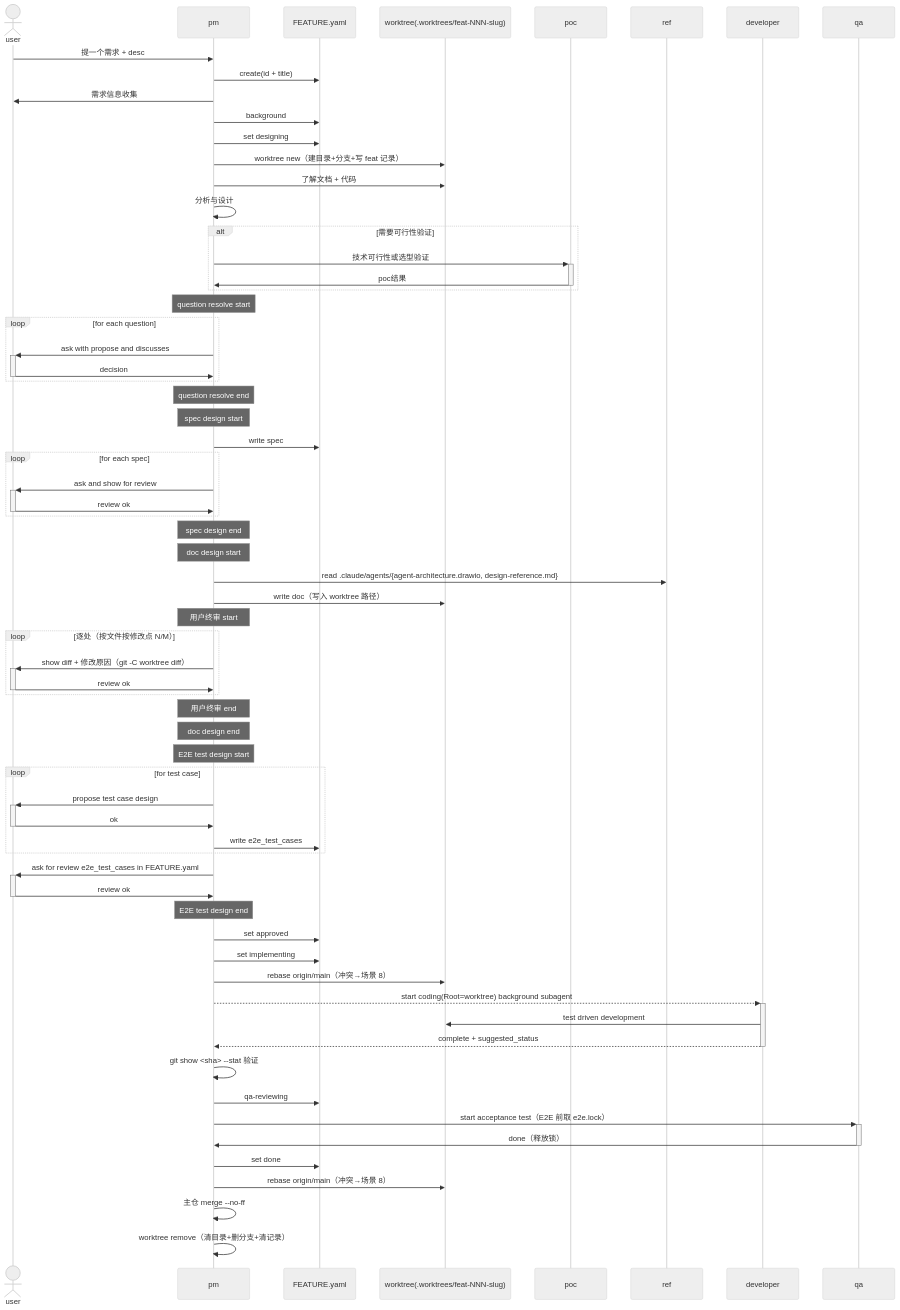
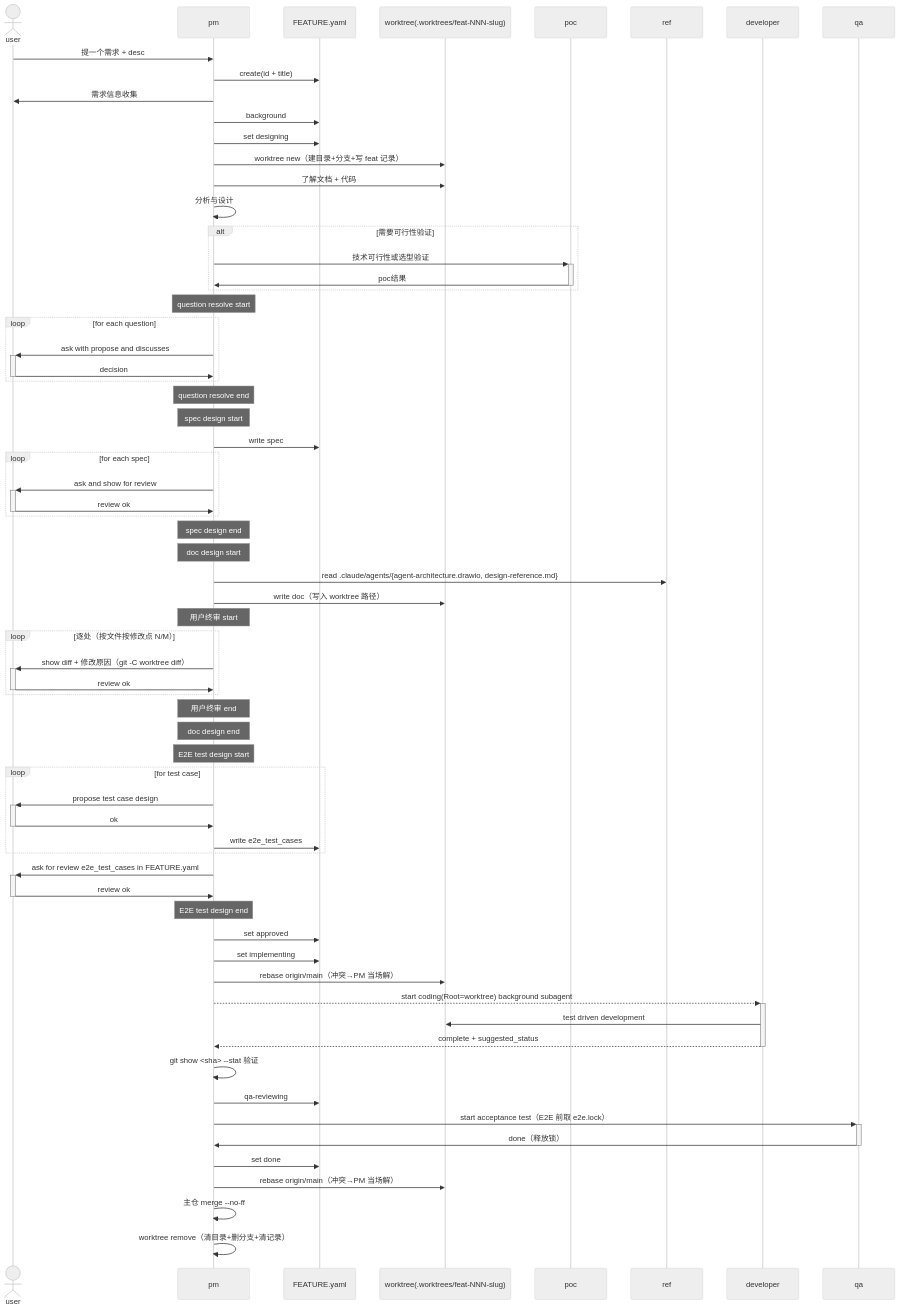
Before and after one commit to JoeyAssistant/skill-repo: the first of 3 diagrams in system-prompt/agent-factory/agent-pm.md, drawn with Mermaid (neutral theme). The commit also changed other lines of this file and 1 other file, not shown here.

First line of the commit message:
refactor(prompt): 删除 rebase developer 场景 + developer 结构清理

````diff
--- a/system-prompt/agent-factory/agent-pm.md
+++ b/system-prompt/agent-factory/agent-pm.md
@@ -102,75 +100,75 @@
 ```mermaid
 sequenceDiagram
     actor user
     user->>pm: 提一个需求 + desc
     participant feat as FEATURE.yaml
     participant wt as worktree(.worktrees/feat-NNN-slug)
 
     pm->>feat: create(id + title)
     pm->>user: 需求信息收集
     pm->>feat: background
 
     pm->>feat: set designing
     pm->>wt: worktree new（建目录+分支+写 feat 记录）
     pm->>wt: 了解文档 + 代码
     pm->>pm: 分析与设计
     alt 需要可行性验证
         pm->>+poc: 技术可行性或选型验证
         poc->>-pm: poc结果
     end
 
     Note over pm: question resolve start
     loop for each question
         pm->>+user: ask with propose and discusses
         user->>-pm: decision
     end
     Note over pm: question resolve end
 
     Note over pm: spec design start
     pm->>feat: write spec
     loop for each spec
         pm->>+user: ask and show for review
         user->>-pm: review ok
     end
     Note over pm: spec design end
 
     Note over pm: doc design start
     pm->>ref: read .claude/agents/{agent-architecture.drawio, design-reference.md}
     pm->>wt: write doc（写入 worktree 路径）
 
     Note over pm: 用户终审 start
     loop 逐处（按文件按修改点 N/M）
         pm->>+user: show diff + 修改原因（git -C worktree diff）
         user->>-pm: review ok
     end
     Note over pm: 用户终审 end
     Note over pm: doc design end
 
     Note over pm: E2E test design start
     loop for test case
         pm->>+user: propose test case design
         user->>-pm: ok
         pm->>feat: write e2e_test_cases
     end
     
     pm->>+user: ask for review e2e_test_cases in FEATURE.yaml
     user->>-pm: review ok
     Note over pm: E2E test design end
 
     pm->>feat: set approved
     participant dev as developer
     pm->>feat: set implementing
-    pm->>wt: rebase origin/main（冲突→场景 8）
+    pm->>wt: rebase origin/main（冲突→PM 当场解）
     pm-->>+dev: start coding(Root=worktree) background subagent
     dev->>wt: test driven development
     dev-->>-pm: complete + suggested_status
 
     pm->>pm: git show <sha> --stat 验证
     pm->>feat: qa-reviewing
     pm->>+qa: start acceptance test（E2E 前取 e2e.lock）
     qa->>-pm: done（释放锁）
     pm->>feat: set done
-    pm->>wt: rebase origin/main（冲突→场景 8）
+    pm->>wt: rebase origin/main（冲突→PM 当场解）
     pm->>pm: 主仓 merge --no-ff
     pm->>pm: worktree remove（清目录+删分支+清记录）
 ```
````
